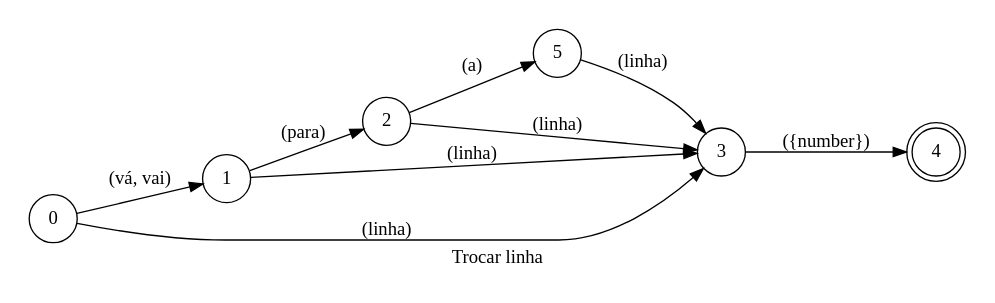
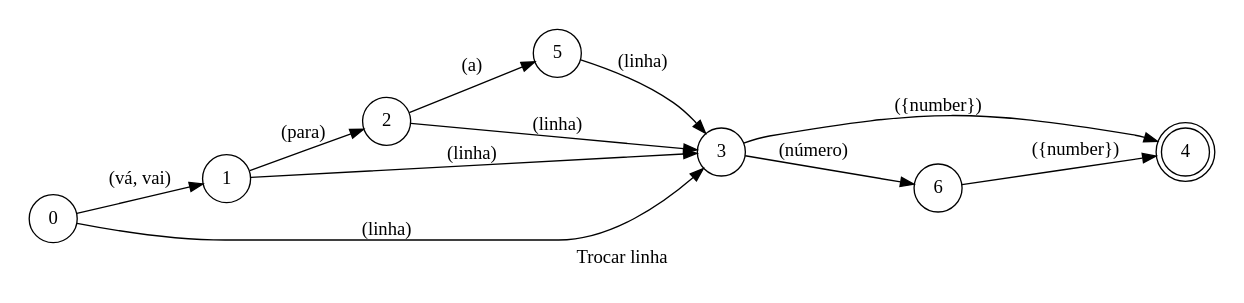
Before and after one commit to pedrooaugusto/speech-to-code: the diagram in spoken/src/modules/typescript/go_to_line/phrase_pt-BR.dot, drawn with Graphviz. The commit also changed 24 other files, not shown here.

```diff
--- a/spoken/src/modules/typescript/go_to_line/phrase_pt-BR.dot
+++ b/spoken/src/modules/typescript/go_to_line/phrase_pt-BR.dot
@@ -1,19 +1,20 @@
 digraph GoToLine {
     id="go_to_line";
     label="Trocar linha";
     lang="pt-BR";
     langName="Português";
     pad="0.2";
     rankdir=LR;
     node[shape=doublecircle]; 4;
     node[shape=circle];
 
     0 -> 1 [label="(vá, vai)"];
     1 -> 2 [label="(para)"];
     2 -> 5 [label="(a)"];
     {2 1 0 5} -> 3 [label="(linha)"];
-    3 -> 4 [label="({number})", store=line];
+    3 -> 6 [label="(número)"];
+    {3 6} -> 4 [label="({number})", store=line];
 
     title="Trocar linha";
     desc="Move or cursor para uma linha diferente";
 }
```
